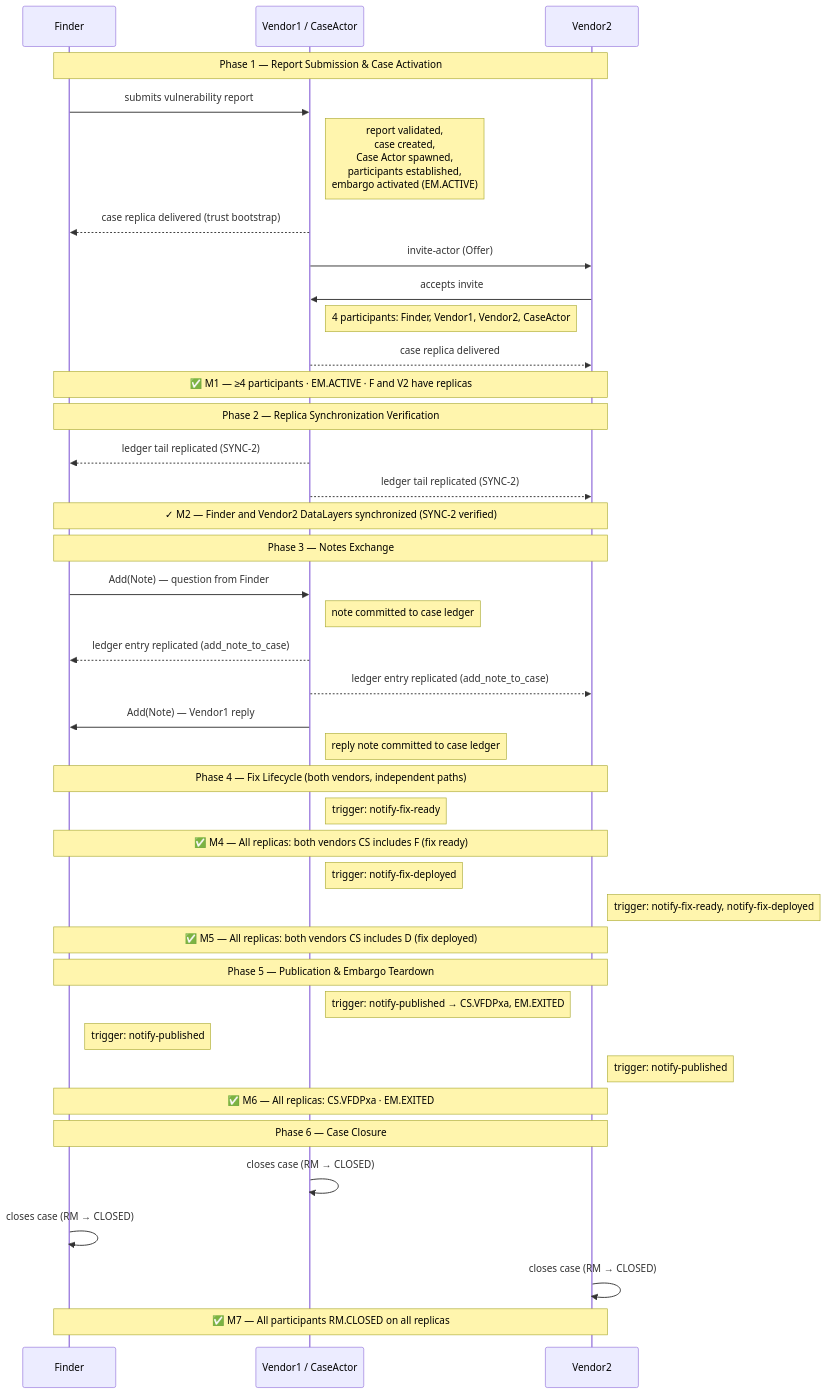
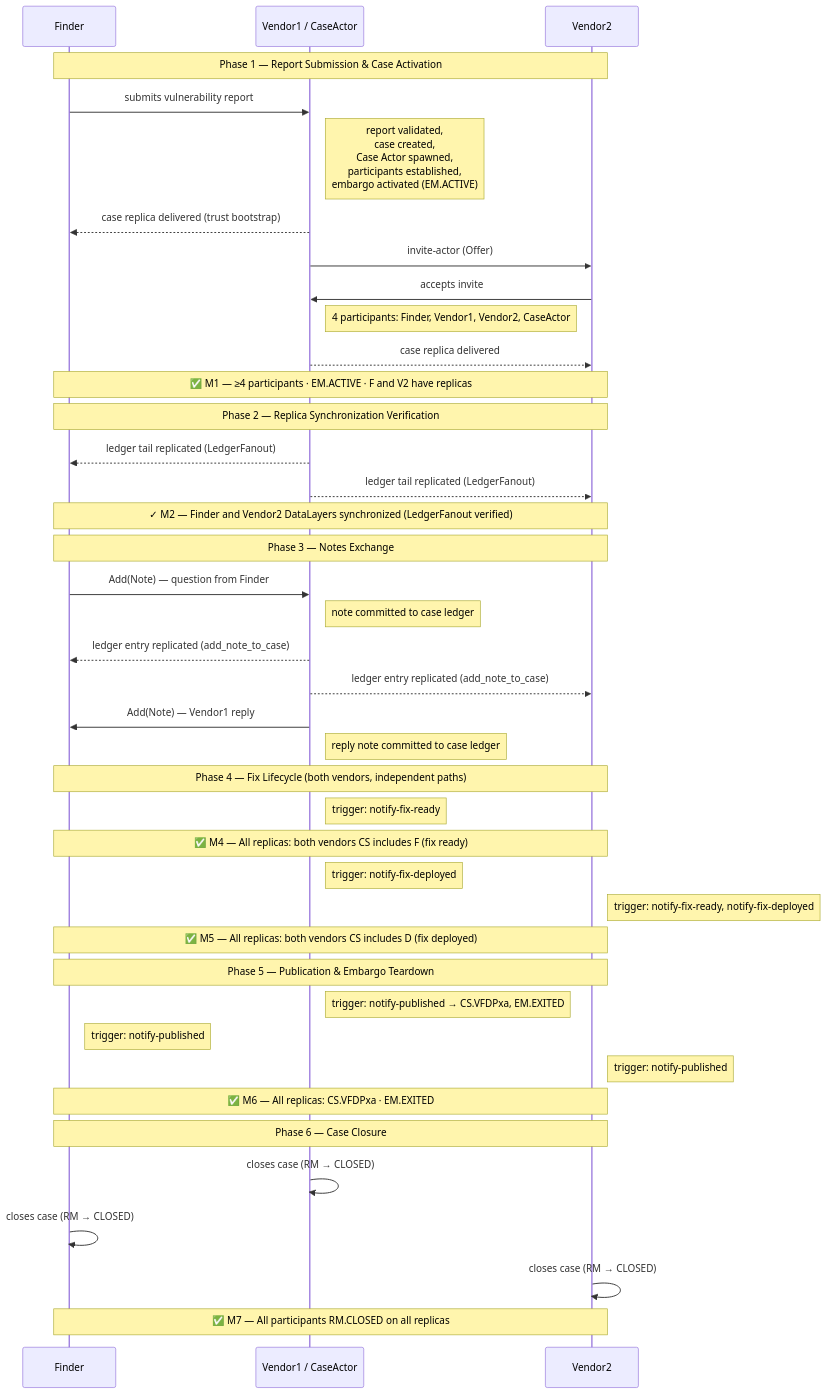
The diagram in docs/howto/demos/fvv-demo.md (CERTCC/Vultron), drawn with Mermaid before and after one commit. The commit also changed other lines of this file and 41 other files, not shown here.

First line of the commit message:
refactor: rename SYNC-1/2/3/4 to domain-grounded ledger sync concepts

````diff
--- a/docs/howto/demos/fvv-demo.md
+++ b/docs/howto/demos/fvv-demo.md
@@ -66,56 +66,56 @@
 ```mermaid
 sequenceDiagram
     participant F as Finder
     participant V1 as Vendor1 / CaseActor
     participant V2 as Vendor2
 
     note over F,V2: Phase 1 — Report Submission & Case Activation
 
     F->>V1: submits vulnerability report
     note right of V1: report validated,<br/>case created,<br/>Case Actor spawned,<br/>participants established,<br/>embargo activated (EM.ACTIVE)
     V1-->>F: case replica delivered (trust bootstrap)
     V1->>V2: invite-actor (Offer)
     V2->>V1: accepts invite
     note right of V1: 4 participants: Finder, Vendor1, Vendor2, CaseActor
     V1-->>V2: case replica delivered
 
     note over F,V2: ✅ M1 — ≥4 participants · EM.ACTIVE · F and V2 have replicas
 
     note over F,V2: Phase 2 — Replica Synchronization Verification
 
-    V1-->>F: ledger tail replicated (SYNC-2)
-    V1-->>V2: ledger tail replicated (SYNC-2)
-    note over F,V2: ✓ M2 — Finder and Vendor2 DataLayers synchronized (SYNC-2 verified)
+    V1-->>F: ledger tail replicated (LedgerFanout)
+    V1-->>V2: ledger tail replicated (LedgerFanout)
+    note over F,V2: ✓ M2 — Finder and Vendor2 DataLayers synchronized (LedgerFanout verified)
 
     note over F,V2: Phase 3 — Notes Exchange
 
     F->>V1: Add(Note) — question from Finder
     note right of V1: note committed to case ledger
     V1-->>F: ledger entry replicated (add_note_to_case)
     V1-->>V2: ledger entry replicated (add_note_to_case)
     V1->>F: Add(Note) — Vendor1 reply
     note right of V1: reply note committed to case ledger
 
     note over F,V2: Phase 4 — Fix Lifecycle (both vendors, independent paths)
 
     note right of V1: trigger: notify-fix-ready
     note over F,V2: ✅ M4 — All replicas: both vendors CS includes F (fix ready)
 
     note right of V1: trigger: notify-fix-deployed
     note right of V2: trigger: notify-fix-ready, notify-fix-deployed
     note over F,V2: ✅ M5 — All replicas: both vendors CS includes D (fix deployed)
 
     note over F,V2: Phase 5 — Publication & Embargo Teardown
 
     note right of V1: trigger: notify-published → CS.VFDPxa, EM.EXITED
     note right of F: trigger: notify-published
     note right of V2: trigger: notify-published
     note over F,V2: ✅ M6 — All replicas: CS.VFDPxa · EM.EXITED
 
     note over F,V2: Phase 6 — Case Closure
 
     V1->>V1: closes case (RM → CLOSED)
     F->>F: closes case (RM → CLOSED)
     V2->>V2: closes case (RM → CLOSED)
     note over F,V2: ✅ M7 — All participants RM.CLOSED on all replicas
 ```
````
